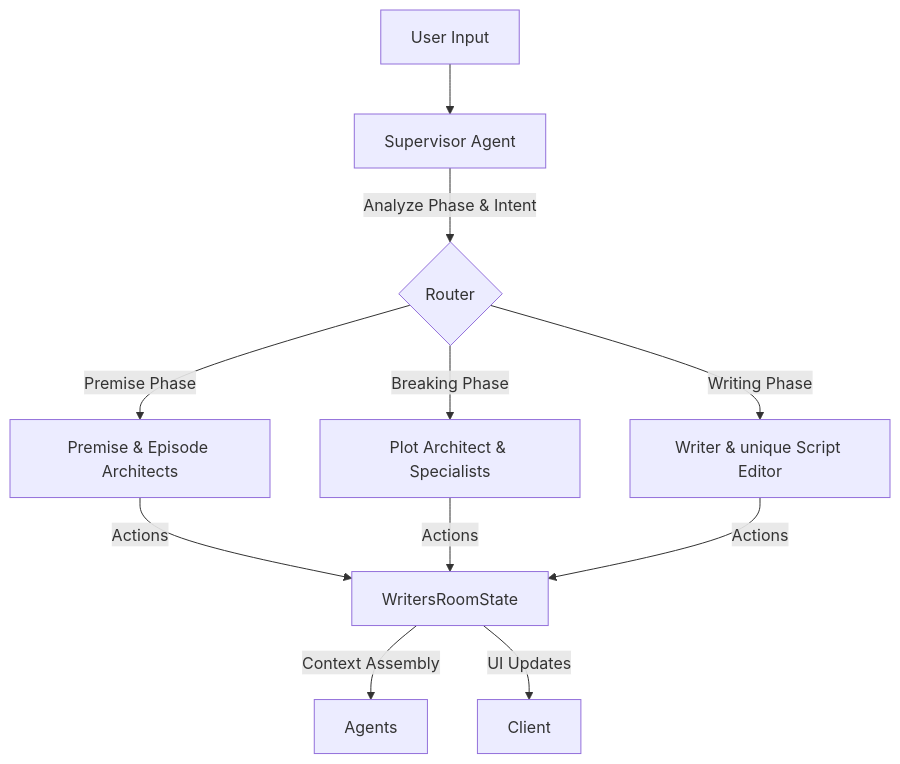
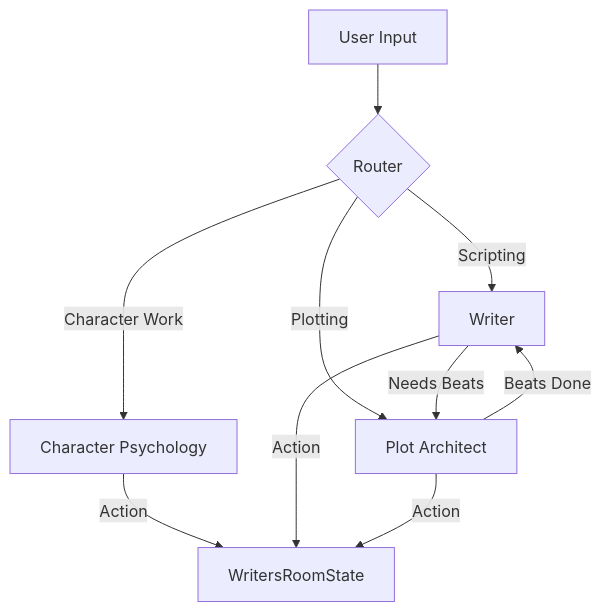
Before and after one commit to jsroga/nomos: the diagram in docs/modules/storyteller.md, drawn with Mermaid. The commit also changed other lines of this file and 31 other files, not shown here.

````diff
--- a/docs/modules/storyteller.md
+++ b/docs/modules/storyteller.md
@@ -13,16 +16,14 @@
 ```mermaid
 graph TD
-    User[User Input] --> Supervisor[Supervisor Agent]
-    Supervisor -->|Analyze Phase & Intent| Router{Router}
-
-    Router -->|Premise Phase| PremiseAgents[Premise & Episode Architects]
-    Router -->|Breaking Phase| PlotAgents[Plot Architect & Specialists]
-    Router -->|Writing Phase| WriterAgents[Writer & unique Script Editor]
-
-    PremiseAgents -->|Actions| State[WritersRoomState]
-    PlotAgents -->|Actions| State
-    WriterAgents -->|Actions| State
-
-    State -->|Context Assembly| Agents
-    State -->|UI Updates| Client
+    User[User Input] --> Router{Router}
+    Router -->|Character Work| Psych[Character Psychology]
+    Router -->|Scripting| Writer[Writer]
+    Router -->|Plotting| Plot[Plot Architect]
+    
+    Writer -->|Needs Beats| Plot
+    Plot -->|Beats Done| Writer
+    
+    Psych -->|Action| State[WritersRoomState]
+    Writer -->|Action| State
+    Plot -->|Action| State
 ```
````
